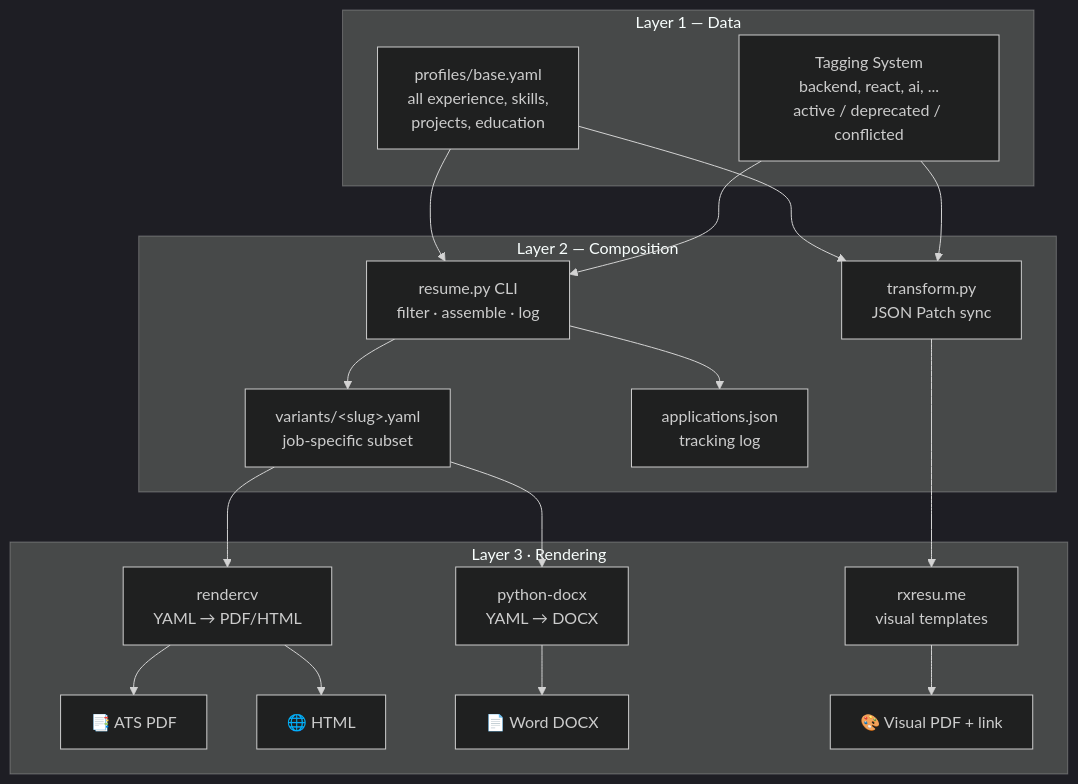
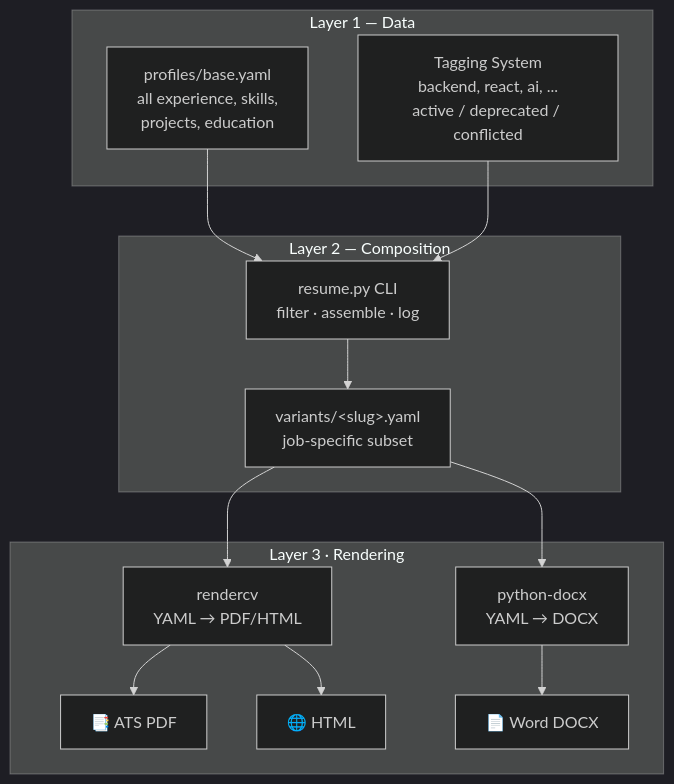
One commit to jxjwilliam/resume-generator changed the second of 2 diagrams in README.md. Above: the diagram before and after it, drawn with Mermaid (dark theme). The commit also changed other lines of this file and 45 other files, not shown here.

````diff
--- a/README.md
+++ b/README.md
@@ -434,38 +390,29 @@
 ```mermaid
 flowchart TB
     subgraph L1["Layer 1 — Data"]
         BY["profiles/base.yaml<br/>all experience, skills,<br/>projects, education"]
         AG["Tagging System<br/>backend, react, ai, ...<br/>active / deprecated / conflicted"]
     end
 
     subgraph L2["Layer 2 — Composition"]
         RP["resume.py CLI<br/>filter · assemble · log"]
-        TP["transform.py<br/>JSON Patch sync"]
         VY["variants/&lt;slug&gt;.yaml<br/>job-specific subset"]
-        AJ["applications.json<br/>tracking log"]
     end
 
     subgraph L3["Layer 3 · Rendering"]
         RC["rendercv<br/>YAML → PDF/HTML"]
         DX["python-docx<br/>YAML → DOCX"]
-        RX["rxresu.me<br/>visual templates"]
         PDF["📑 ATS PDF"]
         HTML["🌐 HTML"]
         DOCX["📄 Word DOCX"]
-        VIS["🎨 Visual PDF + link"]
     end
 
     BY --> RP
     AG --> RP
-    BY --> TP
-    AG --> TP
     RP --> VY
-    RP --> AJ
     VY --> RC
     VY --> DX
-    TP --> RX
     RC --> PDF
     RC --> HTML
     DX --> DOCX
-    RX --> VIS
 ```
````
